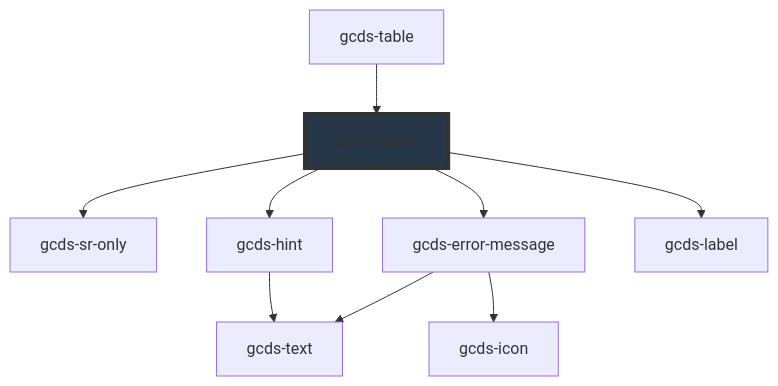
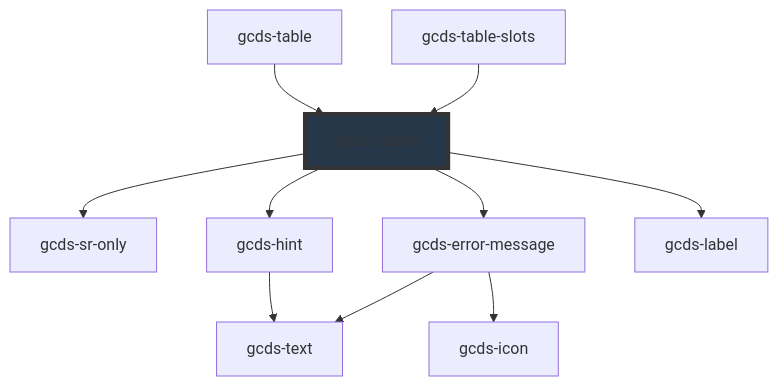
Before and after one commit to cds-snc/gcds-components: the diagram in packages/web/src/components/gcds-radios/readme.md, drawn with Mermaid. The commit also changed other lines of this file and 29 other files, not shown here.

Commit message:
Add gcds-table-slots for testing use of slots

````diff
--- a/packages/web/src/components/gcds-radios/readme.md
+++ b/packages/web/src/components/gcds-radios/readme.md
@@ -91,12 +92,13 @@
 ```mermaid
 graph TD;
   gcds-radios --> gcds-sr-only
   gcds-radios --> gcds-hint
   gcds-radios --> gcds-error-message
   gcds-radios --> gcds-label
   gcds-hint --> gcds-text
   gcds-error-message --> gcds-text
   gcds-error-message --> gcds-icon
   gcds-table --> gcds-radios
+  gcds-table-slots --> gcds-radios
   style gcds-radios fill:#26374a,stroke:#333,stroke-width:4px
 ```
````
